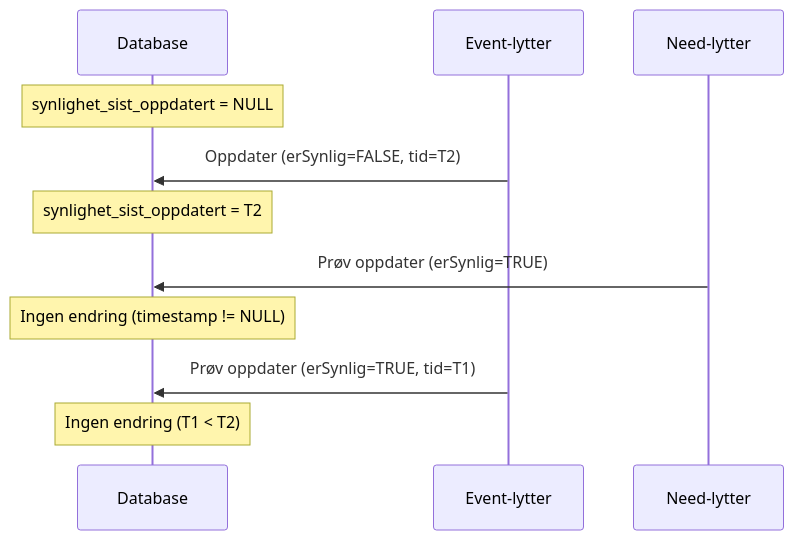
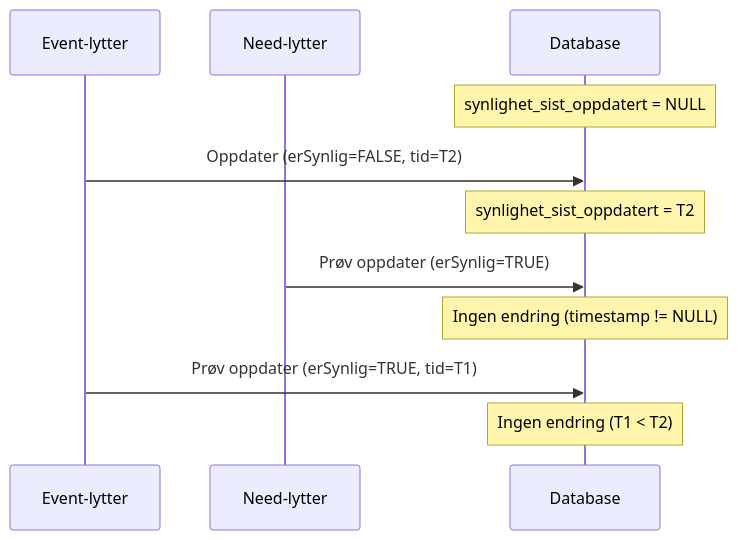
The fifth of 5 diagrams in docs/3-sikkerhet/synlighet.md (navikt/rekrutteringstreff-backend), drawn with Mermaid before and after one commit. The commit also changed other lines of this file, not shown here.

````diff
--- a/docs/3-sikkerhet/synlighet.md
+++ b/docs/3-sikkerhet/synlighet.md
@@ -183,17 +183,17 @@
 ```mermaid
 sequenceDiagram
-    participant DB as Database
     participant EL as Event-lytter
     participant NL as Need-lytter
+    participant DB as Database
 
     Note over DB: synlighet_sist_oppdatert = NULL
 
     EL->>DB: Oppdater (erSynlig=FALSE, tid=T2)
     Note over DB: synlighet_sist_oppdatert = T2
 
     NL->>DB: Prøv oppdater (erSynlig=TRUE)
     Note over DB: Ingen endring (timestamp != NULL)
 
     EL->>DB: Prøv oppdater (erSynlig=TRUE, tid=T1)
     Note over DB: Ingen endring (T1 < T2)
 ```
````
